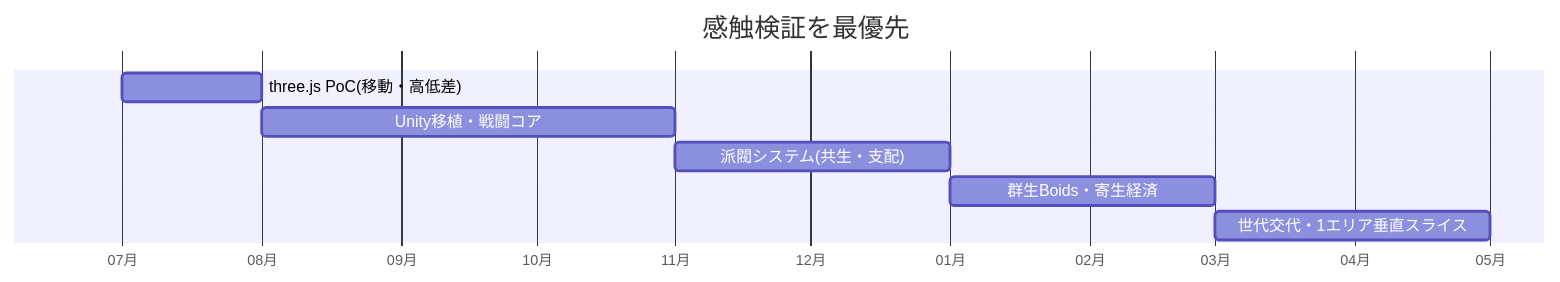
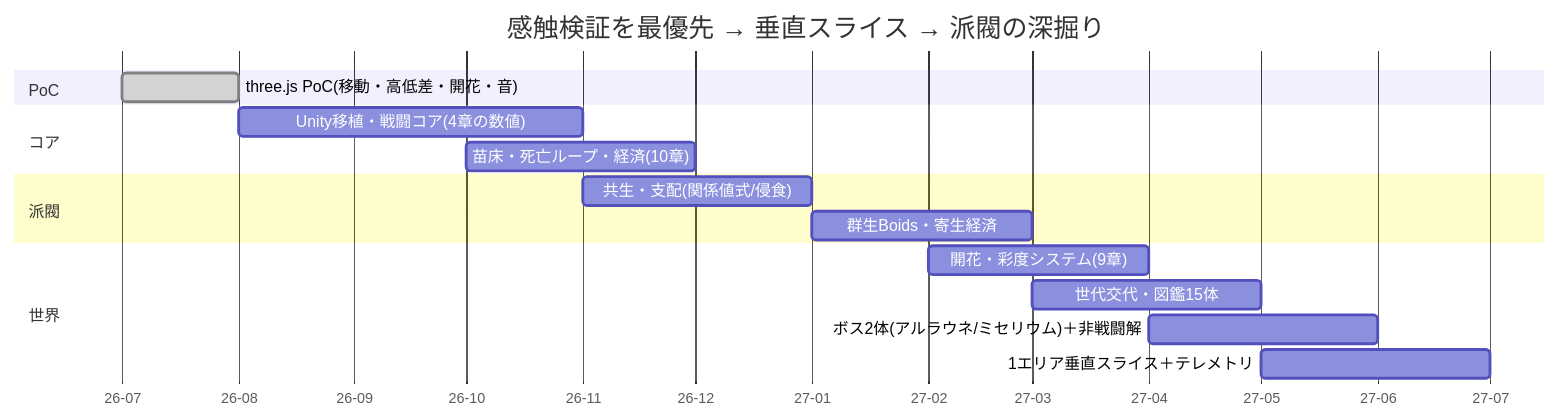
Before and after one commit to manato1201/Performance-comparison-of-each-AI: the fifth of 5 diagrams in docs/15_plant-soulslike.md, drawn with Mermaid. The commit also changed other lines of this file and 41 other files, not shown here.

````diff
--- a/docs/15_plant-soulslike.md
+++ b/docs/15_plant-soulslike.md
@@ -118,11 +535,19 @@
 ```mermaid
 gantt
-    title 感触検証を最優先
+    title 感触検証を最優先 → 垂直スライス → 派閥の深掘り
     dateFormat YYYY-MM
-    axisFormat %m月
-    three.js PoC(移動・高低差)     :2026-07, 1M
-    Unity移植・戦闘コア            :2026-08, 3M
-    派閥システム(共生・支配)       :2026-11, 2M
-    群生Boids・寄生経済            :2027-01, 2M
-    世代交代・1エリア垂直スライス   :2027-03, 2M
+    axisFormat %y-%m
+    section PoC
+    three.js PoC(移動・高低差・開花・音)   :done, 2026-07, 1M
+    section コア
+    Unity移植・戦闘コア(4章の数値)         :2026-08, 3M
+    苗床・死亡ループ・経済(10章)            :2026-10, 2M
+    section 派閥
+    共生・支配(関係値式/侵食)              :2026-11, 2M
+    群生Boids・寄生経済                    :2027-01, 2M
+    section 世界
+    開花・彩度システム(9章)                :2027-02, 2M
+    世代交代・図鑑15体                     :2027-03, 2M
+    ボス2体(アルラウネ/ミセリウム)＋非戦闘解 :2027-04, 2M
+    1エリア垂直スライス＋テレメトリ        :2027-05, 2M
 ```
````
